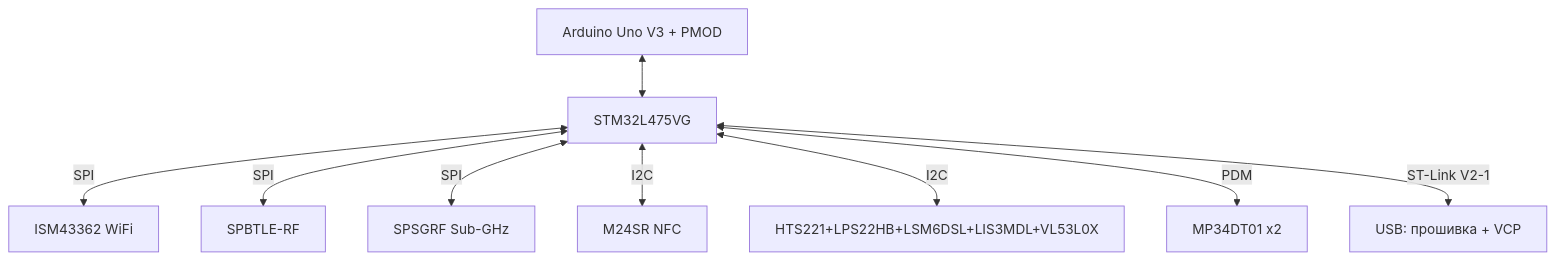
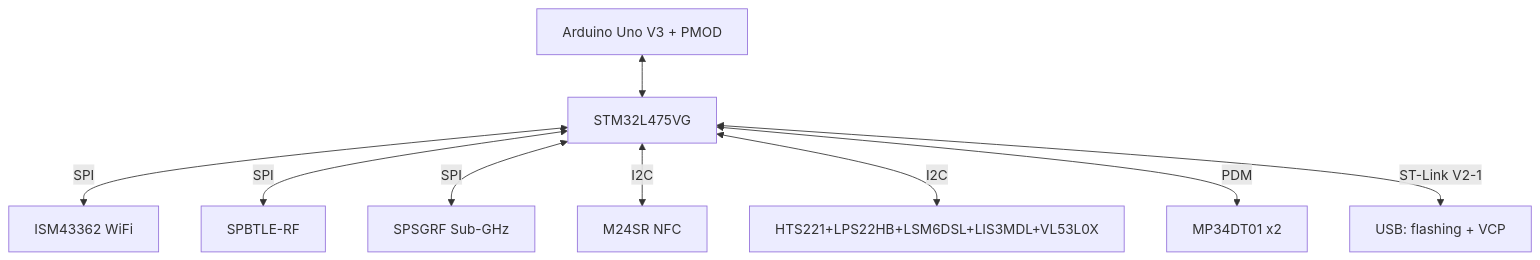
Before and after one commit to ksalab/embedded-reference: the first of 2 diagrams in obsidian_vault/STM32-Reference/EN/14-Devboards/06-IoT-Discovery.en.md, drawn with Mermaid. The commit also changed other lines of this file and 76 other files, not shown here.

````diff
--- a/obsidian_vault/STM32-Reference/EN/14-Devboards/06-IoT-Discovery.en.md
+++ b/obsidian_vault/STM32-Reference/EN/14-Devboards/06-IoT-Discovery.en.md
@@ -39,12 +39,12 @@
 ```mermaid
 flowchart TB
   MCU[STM32L475VG]
   MCU <-->|SPI| WIFI[ISM43362 WiFi]
   MCU <-->|SPI| BLE[SPBTLE-RF]
   MCU <-->|SPI| SUB[SPSGRF Sub-GHz]
   MCU <-->|I2C| NFC[M24SR NFC]
   MCU <-->|I2C| SENS[HTS221+LPS22HB+LSM6DSL+LIS3MDL+VL53L0X]
   MCU <-->|PDM| MIC[MP34DT01 x2]
-  MCU <-->|ST-Link V2-1| USB[USB: прошивка + VCP]
+  MCU <-->|ST-Link V2-1| USB[USB: flashing + VCP]
   ARD[Arduino Uno V3 + PMOD] <--> MCU
 ```
````
